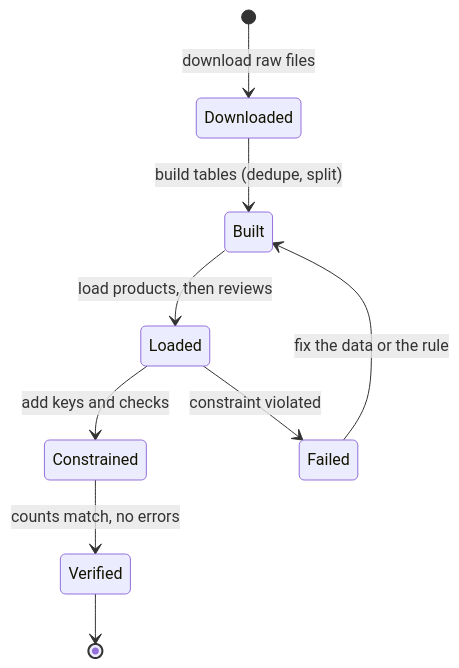
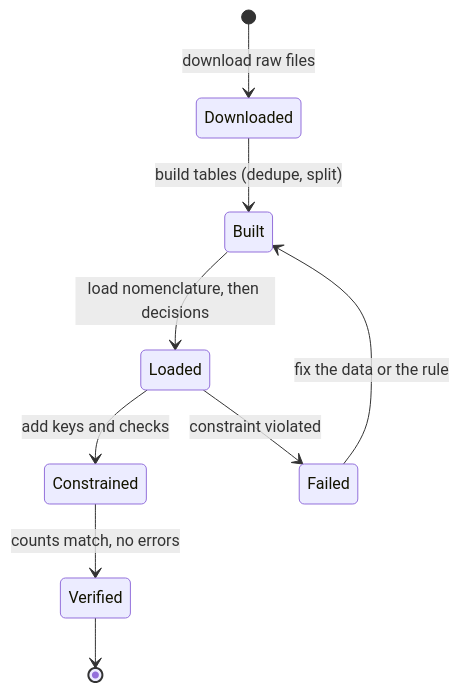
One commit to khoadaniel/statistical-programming-mpmd-htw-ws-2026 changed the fourth of 5 diagrams in sessions/03-sql-and-polars/theory/02-sql-from-python-and-ingestion.md. Above: the diagram before and after it, drawn with Mermaid. The commit also changed other lines of this file and 268 other files, not shown here.

````diff
--- a/sessions/03-sql-and-polars/theory/02-sql-from-python-and-ingestion.md
+++ b/sessions/03-sql-and-polars/theory/02-sql-from-python-and-ingestion.md
@@ -239,11 +255,11 @@
 ```mermaid
 stateDiagram-v2
     [*] --> Downloaded: download raw files
     Downloaded --> Built: build tables (dedupe, split)
-    Built --> Loaded: load products, then reviews
+    Built --> Loaded: load nomenclature, then decisions
     Loaded --> Constrained: add keys and checks
     Constrained --> Verified: counts match, no errors
     Loaded --> Failed: constraint violated
     Failed --> Built: fix the data or the rule
     Verified --> [*]
 ```
````
